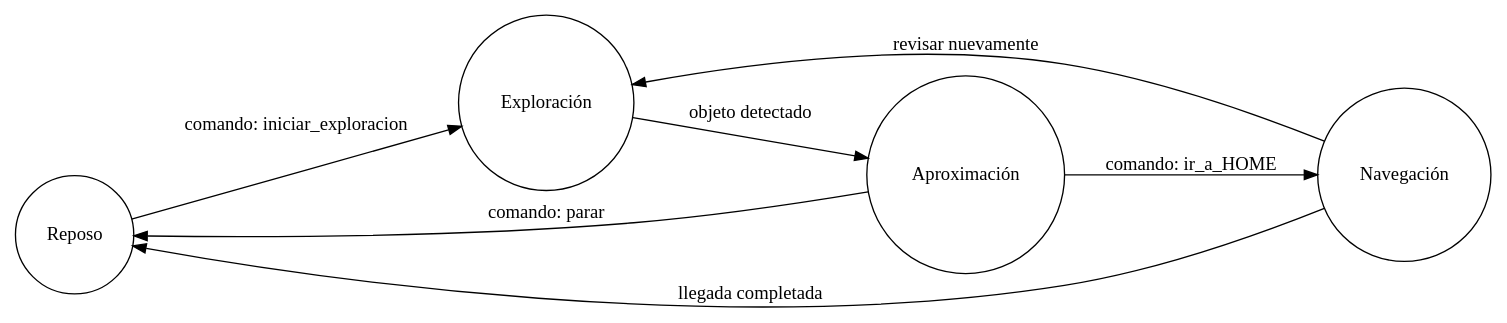
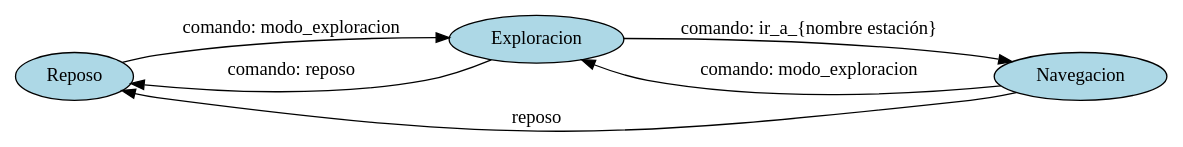
Before and after one commit to Abeeelbr/Robots-Exploradores-Autonomos-ROS1-Turtlebot-2: the diagram in doc-RobotsExploradores/source/squad_state_manager.rst, drawn with Graphviz. The commit also changed other lines of this file and 48 other files, not shown here.

```diff
--- a/doc-RobotsExploradores/source/squad_state_manager.rst
+++ b/doc-RobotsExploradores/source/squad_state_manager.rst
@@ -23,13 +37,12 @@
 .. graphviz::
 
    digraph state_machine {
        rankdir=LR;
-       node [shape = circle];
+       node [shape = oval, style="filled", fillcolor="lightblue"];
 
-       Reposo -> Exploración [label="comando: iniciar_exploracion"];
-       Exploración -> Aproximación [label="objeto detectado"];
-       Aproximación -> Reposo [label="comando: parar"];
-       Aproximación -> Navegación [label="comando: ir_a_HOME"];
-       Navegación -> Reposo [label="llegada completada"];
-       Navegación -> Exploración [label="revisar nuevamente"];
+       Reposo -> Exploracion [label="comando: modo_exploracion"];
+       Exploracion -> Reposo     [label="comando: reposo"];
+       Exploracion -> Navegacion [label="comando: ir_a_{nombre estación}"];
+       Navegacion -> Reposo      [label="reposo"];
+       Navegacion -> Exploracion [label="comando: modo_exploracion"];
    }
```
